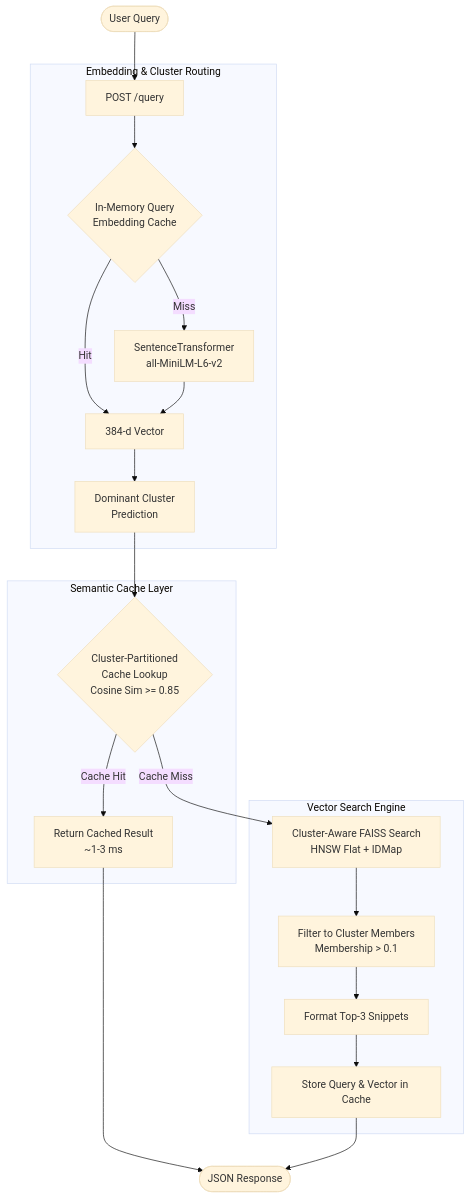
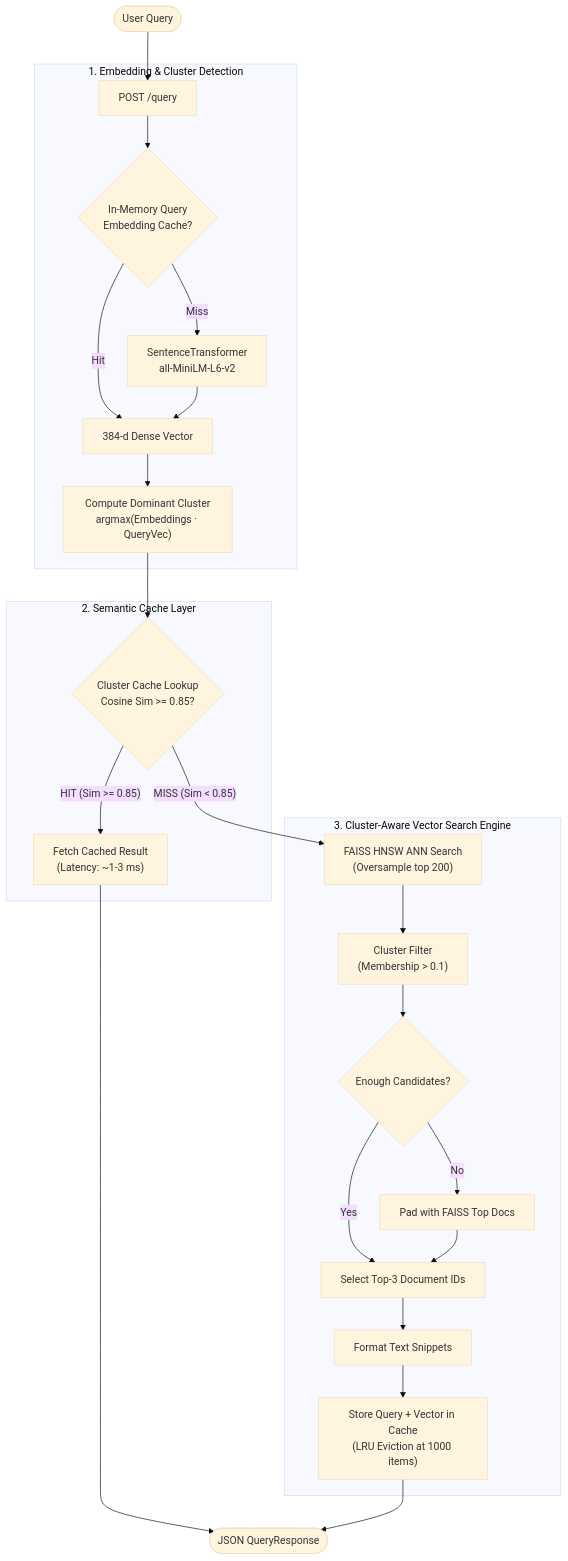
One commit to Ritesh-panda/semantic-cache-system changed the first of 4 diagrams in README.md. Above: the diagram before and after it, drawn with Mermaid (base theme). The commit also changed other lines of this file, not shown here.

````diff
--- a/README.md
+++ b/README.md
@@ -11,26 +14,29 @@
 ```mermaid
 flowchart TD
     User([User Query]) --> API[POST /query]
     
-    subgraph Embedding & Cluster Routing
-        API --> QCache{In-Memory Query<br/>Embedding Cache}
-        QCache -- Hit --> EmbVec[384-d Vector]
+    subgraph S1["1. Embedding & Cluster Detection"]
+        API --> QCache{In-Memory Query<br/>Embedding Cache?}
+        QCache -- Hit --> EmbVec[384-d Dense Vector]
         QCache -- Miss --> ST[SentenceTransformer<br/>all-MiniLM-L6-v2] --> EmbVec
-        EmbVec --> ClusterDetect[Dominant Cluster<br/>Prediction]
+        EmbVec --> ClusterDetect["Compute Dominant Cluster<br/>argmax(Embeddings · QueryVec)"]
     end
 
-    subgraph Semantic Cache Layer
-        ClusterDetect --> CacheLookup{Cluster-Partitioned<br/>Cache Lookup<br/>Cosine Sim >= 0.85}
-        CacheLookup -- Cache Hit --> HitResp[Return Cached Result<br/>~1-3 ms]
+    subgraph S2["2. Semantic Cache Layer"]
+        ClusterDetect --> CacheLookup{"Cluster Cache Lookup<br/>Cosine Sim >= 0.85?"}
+        CacheLookup -- "HIT (Sim >= 0.85)" --> HitResp["Fetch Cached Result<br/>(Latency: ~1-3 ms)"]
     end
 
-    subgraph Vector Search Engine
-        CacheLookup -- Cache Miss --> FAISS[Cluster-Aware FAISS Search<br/>HNSW Flat + IDMap]
-        FAISS --> Filter[Filter to Cluster Members<br/>Membership > 0.1]
-        Filter --> Format[Format Top-3 Snippets]
-        Format --> StoreCache[Store Query & Vector in Cache]
+    subgraph S3["3. Cluster-Aware Vector Search Engine"]
+        CacheLookup -- "MISS (Sim < 0.85)" --> FAISS["FAISS HNSW ANN Search<br/>(Oversample top 200)"]
+        FAISS --> Filter["Cluster Filter<br/>(Membership > 0.1)"]
+        Filter --> Fallback{"Enough Candidates?"}
+        Fallback -- Yes --> TopK["Select Top-3 Document IDs"]
+        Fallback -- No --> Pad["Pad with FAISS Top Docs"] --> TopK
+        TopK --> Format["Format Text Snippets"]
+        Format --> StoreCache["Store Query + Vector in Cache<br/>(LRU Eviction at 1000 items)"]
     end
 
-    HitResp --> Out([JSON Response])
+    HitResp --> Out([JSON QueryResponse])
     StoreCache --> Out
 ```
````
